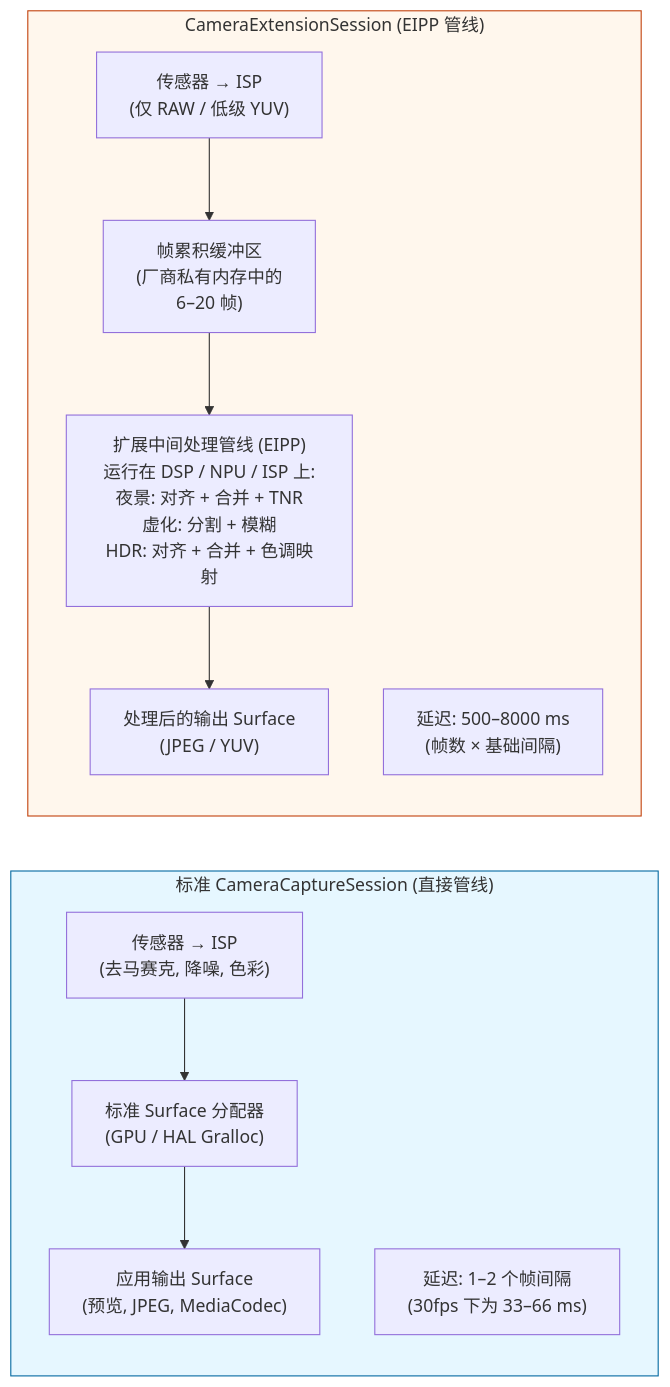
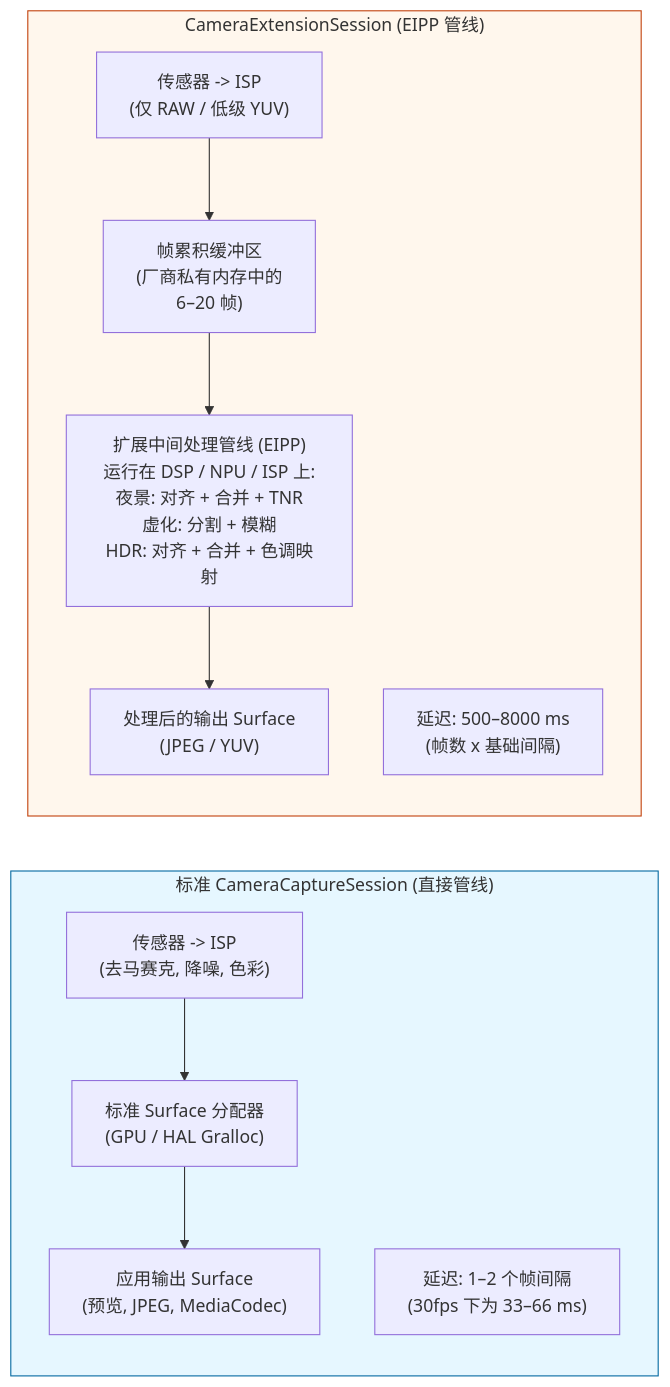
One commit to zoozooll/AndroidCameraParameters changed the first of 2 diagrams in website/i18n/zh-Hans/docusaurus-plugin-content-docs/current/camera2/camera-extensions.md. Above: the diagram before and after it, drawn with Mermaid. The commit also changed 77 other files, not shown here.

First line of the commit message:
docs: standardize Mermaid syntax and polish 3A pipeline translations

````diff
--- a/website/i18n/zh-Hans/docusaurus-plugin-content-docs/current/camera2/camera-extensions.md
+++ b/website/i18n/zh-Hans/docusaurus-plugin-content-docs/current/camera2/camera-extensions.md
@@ -34,24 +34,24 @@
 ```mermaid
 flowchart LR
     subgraph STANDARD["标准 CameraCaptureSession (直接管线)"]
         direction TB
-        S1["传感器 → ISP<br/>(去马赛克, 降噪, 色彩)"]
+        S1["传感器 -> ISP<br/>(去马赛克, 降噪, 色彩)"]
         S2["标准 Surface 分配器<br/>(GPU / HAL Gralloc)"]
         S3["应用输出 Surface<br/>(预览, JPEG, MediaCodec)"]
         S1 --> S2 --> S3
         SLAT["延迟: 1–2 个帧间隔<br/>(30fps 下为 33–66 ms)"]
     end
 
     subgraph EXTENSION["CameraExtensionSession (EIPP 管线)"]
         direction TB
-        E1["传感器 → ISP<br/>(仅 RAW / 低级 YUV)"]
+        E1["传感器 -> ISP<br/>(仅 RAW / 低级 YUV)"]
         E2["帧累积缓冲区<br/>(厂商私有内存中的<br/>6–20 帧)"]
         E3["扩展中间处理管线 (EIPP)<br/>运行在 DSP / NPU / ISP 上:<br/>夜景: 对齐 + 合并 + TNR<br/>虚化: 分割 + 模糊<br/>HDR: 对齐 + 合并 + 色调映射"]
         E4["处理后的输出 Surface<br/>(JPEG / YUV)"]
         E1 --> E2 --> E3 --> E4
-        ELAT["延迟: 500–8000 ms<br/>(帧数 × 基础间隔)"]
+        ELAT["延迟: 500–8000 ms<br/>(帧数 x 基础间隔)"]
     end
 
     style STANDARD fill:#e6f7ff,stroke:#0369a1
     style EXTENSION fill:#fff7ed,stroke:#c2410c
 ```
````
